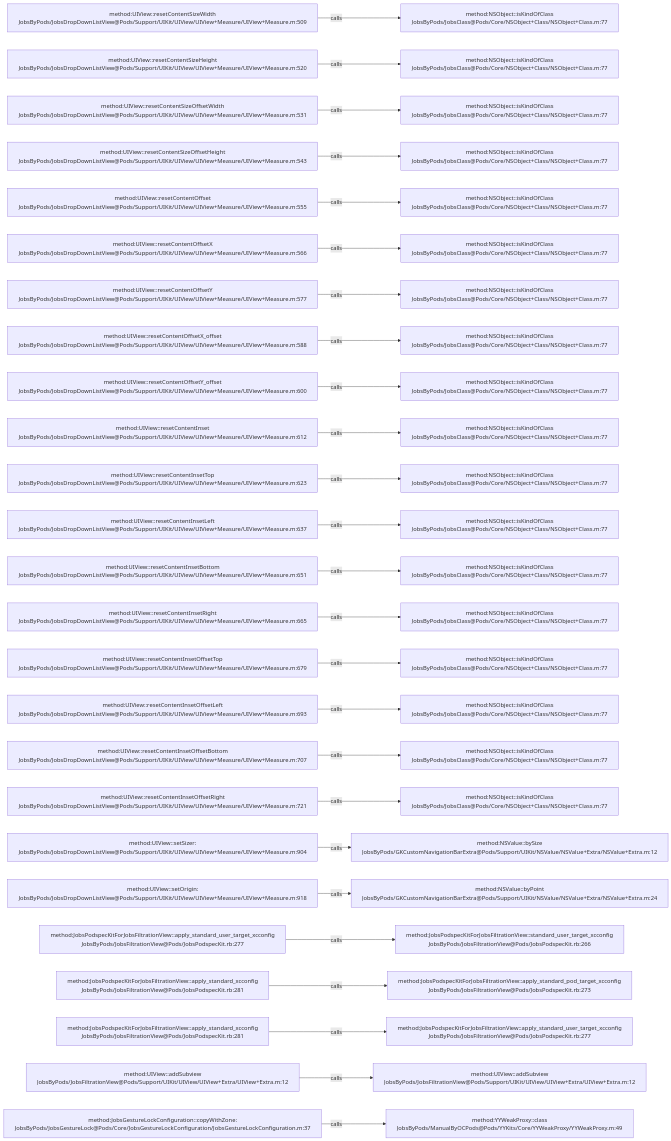
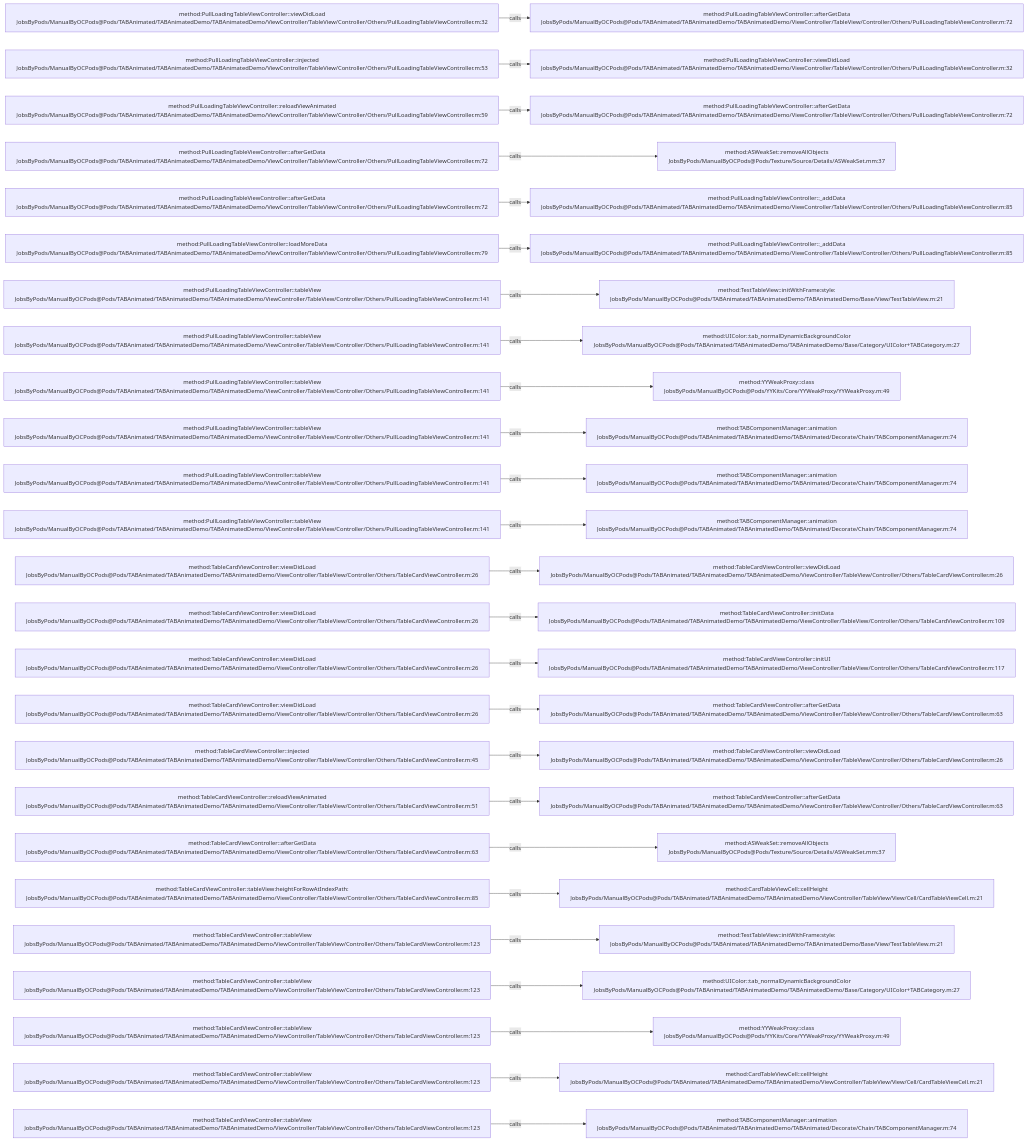
One commit to JobsKits/JobsOCBaseConfigDemo changed the diagram in .codegraph/codegraph.md/graphs/calls-066.md. Above: the diagram before and after it, drawn with Mermaid. The commit also changed 2162 other files, not shown here.

````diff
--- a/.codegraph/codegraph.md/graphs/calls-066.md
+++ b/.codegraph/codegraph.md/graphs/calls-066.md
@@ -13,78 +13,78 @@
 ```mermaid
 flowchart LR
-  S1["method:UIView::resetContentSizeWidth<br/>JobsByPods/JobsDropDownListView@Pods/Support/UIKit/UIView/UIView+Measure/UIView+Measure.m:509"]
-  T1["method:NSObject::isKindOfClass<br/>JobsByPods/JobsClass@Pods/Core/NSObject+Class/NSObject+Class.m:77"]
+  S1["method:PullLoadingTableViewController::viewDidLoad<br/>JobsByPods/ManualByOCPods@Pods/TABAnimated/TABAnimatedDemo/TABAnimatedDemo/ViewController/TableView/Controller/Others/PullLoadingTableViewController.m:32"]
+  T1["method:PullLoadingTableViewController::afterGetData<br/>JobsByPods/ManualByOCPods@Pods/TABAnimated/TABAnimatedDemo/TABAnimatedDemo/ViewController/TableView/Controller/Others/PullLoadingTableViewController.m:72"]
   S1 -->|calls| T1
-  S2["method:UIView::resetContentSizeHeight<br/>JobsByPods/JobsDropDownListView@Pods/Support/UIKit/UIView/UIView+Measure/UIView+Measure.m:520"]
-  T2["method:NSObject::isKindOfClass<br/>JobsByPods/JobsClass@Pods/Core/NSObject+Class/NSObject+Class.m:77"]
+  S2["method:PullLoadingTableViewController::injected<br/>JobsByPods/ManualByOCPods@Pods/TABAnimated/TABAnimatedDemo/TABAnimatedDemo/ViewController/TableView/Controller/Others/PullLoadingTableViewController.m:53"]
+  T2["method:PullLoadingTableViewController::viewDidLoad<br/>JobsByPods/ManualByOCPods@Pods/TABAnimated/TABAnimatedDemo/TABAnimatedDemo/ViewController/TableView/Controller/Others/PullLoadingTableViewController.m:32"]
   S2 -->|calls| T2
-  S3["method:UIView::resetContentSizeOffsetWidth<br/>JobsByPods/JobsDropDownListView@Pods/Support/UIKit/UIView/UIView+Measure/UIView+Measure.m:531"]
-  T3["method:NSObject::isKindOfClass<br/>JobsByPods/JobsClass@Pods/Core/NSObject+Class/NSObject+Class.m:77"]
+  S3["method:PullLoadingTableViewController::reloadViewAnimated<br/>JobsByPods/ManualByOCPods@Pods/TABAnimated/TABAnimatedDemo/TABAnimatedDemo/ViewController/TableView/Controller/Others/PullLoadingTableViewController.m:59"]
+  T3["method:PullLoadingTableViewController::afterGetData<br/>JobsByPods/ManualByOCPods@Pods/TABAnimated/TABAnimatedDemo/TABAnimatedDemo/ViewController/TableView/Controller/Others/PullLoadingTableViewController.m:72"]
   S3 -->|calls| T3
-  S4["method:UIView::resetContentSizeOffsetHeight<br/>JobsByPods/JobsDropDownListView@Pods/Support/UIKit/UIView/UIView+Measure/UIView+Measure.m:543"]
-  T4["method:NSObject::isKindOfClass<br/>JobsByPods/JobsClass@Pods/Core/NSObject+Class/NSObject+Class.m:77"]
+  S4["method:PullLoadingTableViewController::afterGetData<br/>JobsByPods/ManualByOCPods@Pods/TABAnimated/TABAnimatedDemo/TABAnimatedDemo/ViewController/TableView/Controller/Others/PullLoadingTableViewController.m:72"]
+  T4["method:ASWeakSet::removeAllObjects<br/>JobsByPods/ManualByOCPods@Pods/Texture/Source/Details/ASWeakSet.mm:37"]
   S4 -->|calls| T4
-  S5["method:UIView::resetContentOffset<br/>JobsByPods/JobsDropDownListView@Pods/Support/UIKit/UIView/UIView+Measure/UIView+Measure.m:555"]
-  T5["method:NSObject::isKindOfClass<br/>JobsByPods/JobsClass@Pods/Core/NSObject+Class/NSObject+Class.m:77"]
+  S5["method:PullLoadingTableViewController::afterGetData<br/>JobsByPods/ManualByOCPods@Pods/TABAnimated/TABAnimatedDemo/TABAnimatedDemo/ViewController/TableView/Controller/Others/PullLoadingTableViewController.m:72"]
+  T5["method:PullLoadingTableViewController::_addData<br/>JobsByPods/ManualByOCPods@Pods/TABAnimated/TABAnimatedDemo/TABAnimatedDemo/ViewController/TableView/Controller/Others/PullLoadingTableViewController.m:85"]
   S5 -->|calls| T5
-  S6["method:UIView::resetContentOffsetX<br/>JobsByPods/JobsDropDownListView@Pods/Support/UIKit/UIView/UIView+Measure/UIView+Measure.m:566"]
-  T6["method:NSObject::isKindOfClass<br/>JobsByPods/JobsClass@Pods/Core/NSObject+Class/NSObject+Class.m:77"]
+  S6["method:PullLoadingTableViewController::loadMoreData<br/>JobsByPods/ManualByOCPods@Pods/TABAnimated/TABAnimatedDemo/TABAnimatedDemo/ViewController/TableView/Controller/Others/PullLoadingTableViewController.m:79"]
+  T6["method:PullLoadingTableViewController::_addData<br/>JobsByPods/ManualByOCPods@Pods/TABAnimated/TABAnimatedDemo/TABAnimatedDemo/ViewController/TableView/Controller/Others/PullLoadingTableViewController.m:85"]
   S6 -->|calls| T6
-  S7["method:UIView::resetContentOffsetY<br/>JobsByPods/JobsDropDownListView@Pods/Support/UIKit/UIView/UIView+Measure/UIView+Measure.m:577"]
-  T7["method:NSObject::isKindOfClass<br/>JobsByPods/JobsClass@Pods/Core/NSObject+Class/NSObject+Class.m:77"]
+  S7["method:PullLoadingTableViewController::tableView<br/>JobsByPods/ManualByOCPods@Pods/TABAnimated/TABAnimatedDemo/TABAnimatedDemo/ViewController/TableView/Controller/Others/PullLoadingTableViewController.m:141"]
+  T7["method:TestTableView::initWithFrame:style:<br/>JobsByPods/ManualByOCPods@Pods/TABAnimated/TABAnimatedDemo/TABAnimatedDemo/Base/View/TestTableView.m:21"]
   S7 -->|calls| T7
-  S8["method:UIView::resetContentOffsetX_offset<br/>JobsByPods/JobsDropDownListView@Pods/Support/UIKit/UIView/UIView+Measure/UIView+Measure.m:588"]
-  T8["method:NSObject::isKindOfClass<br/>JobsByPods/JobsClass@Pods/Core/NSObject+Class/NSObject+Class.m:77"]
+  S8["method:PullLoadingTableViewController::tableView<br/>JobsByPods/ManualByOCPods@Pods/TABAnimated/TABAnimatedDemo/TABAnimatedDemo/ViewController/TableView/Controller/Others/PullLoadingTableViewController.m:141"]
+  T8["method:UIColor::tab_normalDynamicBackgroundColor<br/>JobsByPods/ManualByOCPods@Pods/TABAnimated/TABAnimatedDemo/TABAnimatedDemo/Base/Category/UIColor+TABCategory.m:27"]
   S8 -->|calls| T8
-  S9["method:UIView::resetContentOffsetY_offset<br/>JobsByPods/JobsDropDownListView@Pods/Support/UIKit/UIView/UIView+Measure/UIView+Measure.m:600"]
-  T9["method:NSObject::isKindOfClass<br/>JobsByPods/JobsClass@Pods/Core/NSObject+Class/NSObject+Class.m:77"]
+  S9["method:PullLoadingTableViewController::tableView<br/>JobsByPods/ManualByOCPods@Pods/TABAnimated/TABAnimatedDemo/TABAnimatedDemo/ViewController/TableView/Controller/Others/PullLoadingTableViewController.m:141"]
+  T9["method:YYWeakProxy::class<br/>JobsByPods/ManualByOCPods@Pods/YYKits/Core/YYWeakProxy/YYWeakProxy.m:49"]
   S9 -->|calls| T9
-  S10["method:UIView::resetContentInset<br/>JobsByPods/JobsDropDownListView@Pods/Support/UIKit/UIView/UIView+Measure/UIView+Measure.m:612"]
-  T10["method:NSObject::isKindOfClass<br/>JobsByPods/JobsClass@Pods/Core/NSObject+Class/NSObject+Class.m:77"]
+  S10["method:PullLoadingTableViewController::tableView<br/>JobsByPods/ManualByOCPods@Pods/TABAnimated/TABAnimatedDemo/TABAnimatedDemo/ViewController/TableView/Controller/Others/PullLoadingTableViewController.m:141"]
+  T10["method:TABComponentManager::animation<br/>JobsByPods/ManualByOCPods@Pods/TABAnimated/TABAnimatedDemo/TABAnimated/Decorate/Chain/TABComponentManager.m:74"]
   S10 -->|calls| T10
-  S11["method:UIView::resetContentInsetTop<br/>JobsByPods/JobsDropDownListView@Pods/Support/UIKit/UIView/UIView+Measure/UIView+Measure.m:623"]
-  T11["method:NSObject::isKindOfClass<br/>JobsByPods/JobsClass@Pods/Core/NSObject+Class/NSObject+Class.m:77"]
+  S11["method:PullLoadingTableViewController::tableView<br/>JobsByPods/ManualByOCPods@Pods/TABAnimated/TABAnimatedDemo/TABAnimatedDemo/ViewController/TableView/Controller/Others/PullLoadingTableViewController.m:141"]
+  T11["method:TABComponentManager::animation<br/>JobsByPods/ManualByOCPods@Pods/TABAnimated/TABAnimatedDemo/TABAnimated/Decorate/Chain/TABComponentManager.m:74"]
   S11 -->|calls| T11
-  S12["method:UIView::resetContentInsetLeft<br/>JobsByPods/JobsDropDownListView@Pods/Support/UIKit/UIView/UIView+Measure/UIView+Measure.m:637"]
-  T12["method:NSObject::isKindOfClass<br/>JobsByPods/JobsClass@Pods/Core/NSObject+Class/NSObject+Class.m:77"]
+  S12["method:PullLoadingTableViewController::tableView<br/>JobsByPods/ManualByOCPods@Pods/TABAnimated/TABAnimatedDemo/TABAnimatedDemo/ViewController/TableView/Controller/Others/PullLoadingTableViewController.m:141"]
+  T12["method:TABComponentManager::animation<br/>JobsByPods/ManualByOCPods@Pods/TABAnimated/TABAnimatedDemo/TABAnimated/Decorate/Chain/TABComponentManager.m:74"]
   S12 -->|calls| T12
-  S13["method:UIView::resetContentInsetBottom<br/>JobsByPods/JobsDropDownListView@Pods/Support/UIKit/UIView/UIView+Measure/UIView+Measure.m:651"]
-  T13["method:NSObject::isKindOfClass<br/>JobsByPods/JobsClass@Pods/Core/NSObject+Class/NSObject+Class.m:77"]
+  S13["method:TableCardViewController::viewDidLoad<br/>JobsByPods/ManualByOCPods@Pods/TABAnimated/TABAnimatedDemo/TABAnimatedDemo/ViewController/TableView/Controller/Others/TableCardViewController.m:26"]
+  T13["method:TableCardViewController::viewDidLoad<br/>JobsByPods/ManualByOCPods@Pods/TABAnimated/TABAnimatedDemo/TABAnimatedDemo/ViewController/TableView/Controller/Others/TableCardViewController.m:26"]
   S13 -->|calls| T13
-  S14["method:UIView::resetContentInsetRight<br/>JobsByPods/JobsDropDownListView@Pods/Support/UIKit/UIView/UIView+Measure/UIView+Measure.m:665"]
-  T14["method:NSObject::isKindOfClass<br/>JobsByPods/JobsClass@Pods/Core/NSObject+Class/NSObject+Class.m:77"]
+  S14["method:TableCardViewController::viewDidLoad<br/>JobsByPods/ManualByOCPods@Pods/TABAnimated/TABAnimatedDemo/TABAnimatedDemo/ViewController/TableView/Controller/Others/TableCardViewController.m:26"]
+  T14["method:TableCardViewController::initData<br/>JobsByPods/ManualByOCPods@Pods/TABAnimated/TABAnimatedDemo/TABAnimatedDemo/ViewController/TableView/Controller/Others/TableCardViewController.m:109"]
   S14 -->|calls| T14
-  S15["method:UIView::resetContentInsetOffsetTop<br/>JobsByPods/JobsDropDownListView@Pods/Support/UIKit/UIView/UIView+Measure/UIView+Measure.m:679"]
-  T15["method:NSObject::isKindOfClass<br/>JobsByPods/JobsClass@Pods/Core/NSObject+Class/NSObject+Class.m:77"]
+  S15["method:TableCardViewController::viewDidLoad<br/>JobsByPods/ManualByOCPods@Pods/TABAnimated/TABAnimatedDemo/TABAnimatedDemo/ViewController/TableView/Controller/Others/TableCardViewController.m:26"]
+  T15["method:TableCardViewController::initUI<br/>JobsByPods/ManualByOCPods@Pods/TABAnimated/TABAnimatedDemo/TABAnimatedDemo/ViewController/TableView/Controller/Others/TableCardViewController.m:117"]
   S15 -->|calls| T15
-  S16["method:UIView::resetContentInsetOffsetLeft<br/>JobsByPods/JobsDropDownListView@Pods/Support/UIKit/UIView/UIView+Measure/UIView+Measure.m:693"]
-  T16["method:NSObject::isKindOfClass<br/>JobsByPods/JobsClass@Pods/Core/NSObject+Class/NSObject+Class.m:77"]
+  S16["method:TableCardViewController::viewDidLoad<br/>JobsByPods/ManualByOCPods@Pods/TABAnimated/TABAnimatedDemo/TABAnimatedDemo/ViewController/TableView/Controller/Others/TableCardViewController.m:26"]
+  T16["method:TableCardViewController::afterGetData<br/>JobsByPods/ManualByOCPods@Pods/TABAnimated/TABAnimatedDemo/TABAnimatedDemo/ViewController/TableView/Controller/Others/TableCardViewController.m:63"]
   S16 -->|calls| T16
-  S17["method:UIView::resetContentInsetOffsetBottom<br/>JobsByPods/JobsDropDownListView@Pods/Support/UIKit/UIView/UIView+Measure/UIView+Measure.m:707"]
-  T17["method:NSObject::isKindOfClass<br/>JobsByPods/JobsClass@Pods/Core/NSObject+Class/NSObject+Class.m:77"]
+  S17["method:TableCardViewController::injected<br/>JobsByPods/ManualByOCPods@Pods/TABAnimated/TABAnimatedDemo/TABAnimatedDemo/ViewController/TableView/Controller/Others/TableCardViewController.m:45"]
+  T17["method:TableCardViewController::viewDidLoad<br/>JobsByPods/ManualByOCPods@Pods/TABAnimated/TABAnimatedDemo/TABAnimatedDemo/ViewController/TableView/Controller/Others/TableCardViewController.m:26"]
   S17 -->|calls| T17
-  S18["method:UIView::resetContentInsetOffsetRight<br/>JobsByPods/JobsDropDownListView@Pods/Support/UIKit/UIView/UIView+Measure/UIView+Measure.m:721"]
-  T18["method:NSObject::isKindOfClass<br/>JobsByPods/JobsClass@Pods/Core/NSObject+Class/NSObject+Class.m:77"]
+  S18["method:TableCardViewController::reloadViewAnimated<br/>JobsByPods/ManualByOCPods@Pods/TABAnimated/TABAnimatedDemo/TABAnimatedDemo/ViewController/TableView/Controller/Others/TableCardViewController.m:51"]
+  T18["method:TableCardViewController::afterGetData<br/>JobsByPods/ManualByOCPods@Pods/TABAnimated/TABAnimatedDemo/TABAnimatedDemo/ViewController/TableView/Controller/Others/TableCardViewController.m:63"]
   S18 -->|calls| T18
-  S19["method:UIView::setSizer:<br/>JobsByPods/JobsDropDownListView@Pods/Support/UIKit/UIView/UIView+Measure/UIView+Measure.m:904"]
-  T19["method:NSValue::bySize<br/>JobsByPods/GKCustomNavigationBarExtra@Pods/Support/UIKit/NSValue/NSValue+Extra/NSValue+Extra.m:12"]
+  S19["method:TableCardViewController::afterGetData<br/>JobsByPods/ManualByOCPods@Pods/TABAnimated/TABAnimatedDemo/TABAnimatedDemo/ViewController/TableView/Controller/Others/TableCardViewController.m:63"]
+  T19["method:ASWeakSet::removeAllObjects<br/>JobsByPods/ManualByOCPods@Pods/Texture/Source/Details/ASWeakSet.mm:37"]
   S19 -->|calls| T19
-  S20["method:UIView::setOrigin:<br/>JobsByPods/JobsDropDownListView@Pods/Support/UIKit/UIView/UIView+Measure/UIView+Measure.m:918"]
-  T20["method:NSValue::byPoint<br/>JobsByPods/GKCustomNavigationBarExtra@Pods/Support/UIKit/NSValue/NSValue+Extra/NSValue+Extra.m:24"]
+  S20["method:TableCardViewController::tableView:heightForRowAtIndexPath:<br/>JobsByPods/ManualByOCPods@Pods/TABAnimated/TABAnimatedDemo/TABAnimatedDemo/ViewController/TableView/Controller/Others/TableCardViewController.m:85"]
+  T20["method:CardTableViewCell::cellHeight<br/>JobsByPods/ManualByOCPods@Pods/TABAnimated/TABAnimatedDemo/TABAnimatedDemo/ViewController/TableView/View/Cell/CardTableViewCell.m:21"]
   S20 -->|calls| T20
-  S21["method:JobsPodspecKitForJobsFiltrationView::apply_standard_user_target_xcconfig<br/>JobsByPods/JobsFiltrationView@Pods/JobsPodspecKit.rb:277"]
-  T21["method:JobsPodspecKitForJobsFiltrationView::standard_user_target_xcconfig<br/>JobsByPods/JobsFiltrationView@Pods/JobsPodspecKit.rb:266"]
+  S21["method:TableCardViewController::tableView<br/>JobsByPods/ManualByOCPods@Pods/TABAnimated/TABAnimatedDemo/TABAnimatedDemo/ViewController/TableView/Controller/Others/TableCardViewController.m:123"]
+  T21["method:TestTableView::initWithFrame:style:<br/>JobsByPods/ManualByOCPods@Pods/TABAnimated/TABAnimatedDemo/TABAnimatedDemo/Base/View/TestTableView.m:21"]
   S21 -->|calls| T21
-  S22["method:JobsPodspecKitForJobsFiltrationView::apply_standard_xcconfig<br/>JobsByPods/JobsFiltrationView@Pods/JobsPodspecKit.rb:281"]
-  T22["method:JobsPodspecKitForJobsFiltrationView::apply_standard_pod_target_xcconfig<br/>JobsByPods/JobsFiltrationView@Pods/JobsPodspecKit.rb:273"]
+  S22["method:TableCardViewController::tableView<br/>JobsByPods/ManualByOCPods@Pods/TABAnimated/TABAnimatedDemo/TABAnimatedDemo/ViewController/TableView/Controller/Others/TableCardViewController.m:123"]
+  T22["method:UIColor::tab_normalDynamicBackgroundColor<br/>JobsByPods/ManualByOCPods@Pods/TABAnimated/TABAnimatedDemo/TABAnimatedDemo/Base/Category/UIColor+TABCategory.m:27"]
   S22 -->|calls| T22
-  S23["method:JobsPodspecKitForJobsFiltrationView::apply_standard_xcconfig<br/>JobsByPods/JobsFiltrationView@Pods/JobsPodspecKit.rb:281"]
-  T23["method:JobsPodspecKitForJobsFiltrationView::apply_standard_user_target_xcconfig<br/>JobsByPods/JobsFiltrationView@Pods/JobsPodspecKit.rb:277"]
+  S23["method:TableCardViewController::tableView<br/>JobsByPods/ManualByOCPods@Pods/TABAnimated/TABAnimatedDemo/TABAnimatedDemo/ViewController/TableView/Controller/Others/TableCardViewController.m:123"]
+  T23["method:YYWeakProxy::class<br/>JobsByPods/ManualByOCPods@Pods/YYKits/Core/YYWeakProxy/YYWeakProxy.m:49"]
   S23 -->|calls| T23
-  S24["method:UIView::addSubview<br/>JobsByPods/JobsFiltrationView@Pods/Support/UIKit/UIView/UIView+Extra/UIView+Extra.m:12"]
-  T24["method:UIView::addSubview<br/>JobsByPods/JobsFiltrationView@Pods/Support/UIKit/UIView/UIView+Extra/UIView+Extra.m:12"]
+  S24["method:TableCardViewController::tableView<br/>JobsByPods/ManualByOCPods@Pods/TABAnimated/TABAnimatedDemo/TABAnimatedDemo/ViewController/TableView/Controller/Others/TableCardViewController.m:123"]
+  T24["method:CardTableViewCell::cellHeight<br/>JobsByPods/ManualByOCPods@Pods/TABAnimated/TABAnimatedDemo/TABAnimatedDemo/ViewController/TableView/View/Cell/CardTableViewCell.m:21"]
   S24 -->|calls| T24
-  S25["method:JobsGestureLockConfiguration::copyWithZone:<br/>JobsByPods/JobsGestureLock@Pods/Core/JobsGestureLockConfiguration/JobsGestureLockConfiguration.m:37"]
-  T25["method:YYWeakProxy::class<br/>JobsByPods/ManualByOCPods@Pods/YYKits/Core/YYWeakProxy/YYWeakProxy.m:49"]
+  S25["method:TableCardViewController::tableView<br/>JobsByPods/ManualByOCPods@Pods/TABAnimated/TABAnimatedDemo/TABAnimatedDemo/ViewController/TableView/Controller/Others/TableCardViewController.m:123"]
+  T25["method:TABComponentManager::animation<br/>JobsByPods/ManualByOCPods@Pods/TABAnimated/TABAnimatedDemo/TABAnimated/Decorate/Chain/TABComponentManager.m:74"]
   S25 -->|calls| T25
 ```
````
